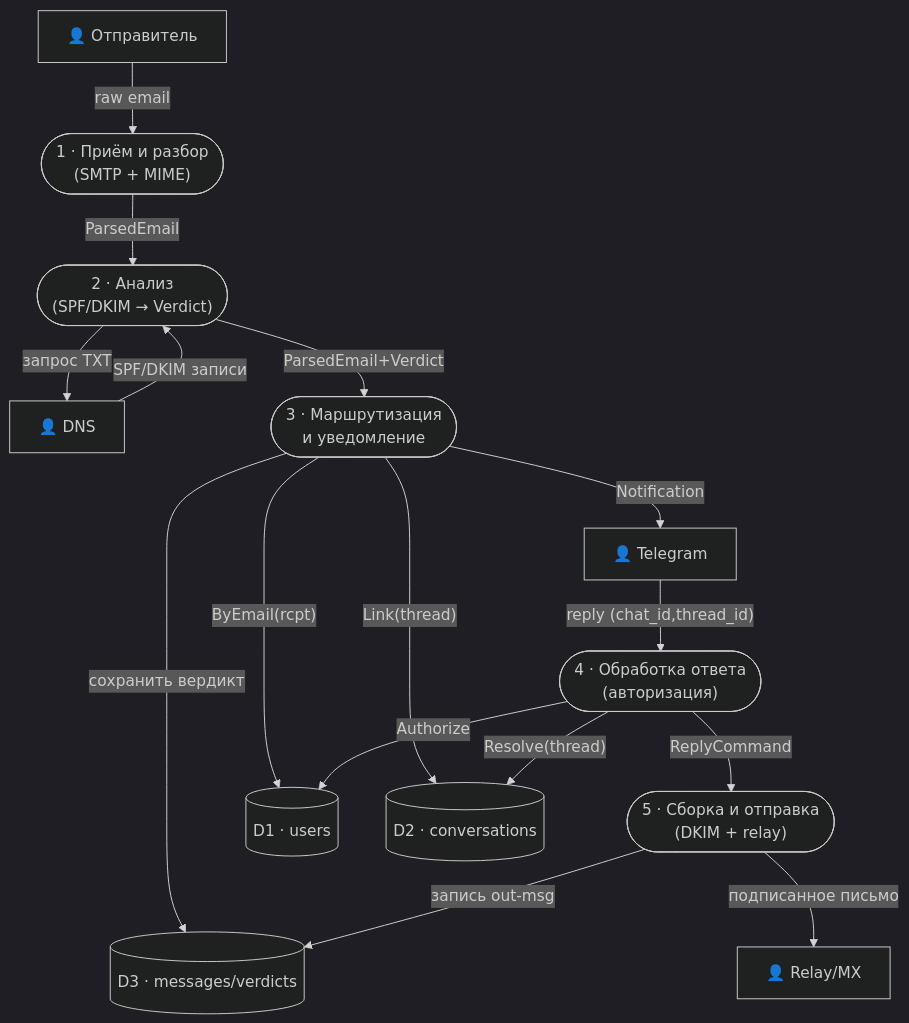
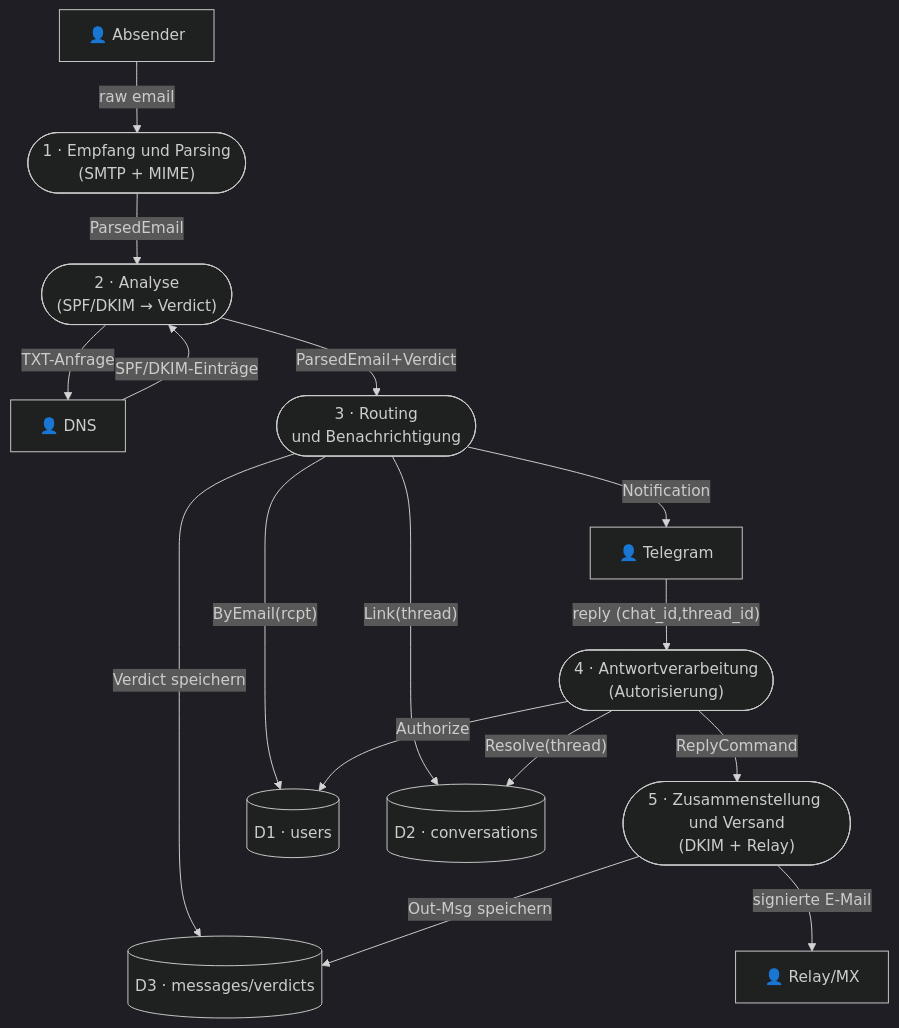
One commit to Alex84K/smpt_pet_proj changed the fifth of 8 diagrams in docs/DESIGN_MVP.md. Above: the diagram before and after it, drawn with Mermaid (dark theme). The commit also changed other lines of this file and 4 other files, not shown here.

````diff
--- a/docs/DESIGN_MVP.md
+++ b/docs/DESIGN_MVP.md
@@ -233,34 +237,34 @@
 ```mermaid
 flowchart TB
-    sender["👤 Отправитель"]
+    sender["👤 Absender"]
     tg["👤 Telegram"]
     dns["👤 DNS"]
     relay["👤 Relay/MX"]
 
-    P1(["1 · Приём и разбор<br/>(SMTP + MIME)"])
-    P2(["2 · Анализ<br/>(SPF/DKIM → Verdict)"])
-    P3(["3 · Маршрутизация<br/>и уведомление"])
-    P4(["4 · Обработка ответа<br/>(авторизация)"])
-    P5(["5 · Сборка и отправка<br/>(DKIM + relay)"])
+    P1(["1 · Empfang und Parsing<br/>(SMTP + MIME)"])
+    P2(["2 · Analyse<br/>(SPF/DKIM → Verdict)"])
+    P3(["3 · Routing<br/>und Benachrichtigung"])
+    P4(["4 · Antwortverarbeitung<br/>(Autorisierung)"])
+    P5(["5 · Zusammenstellung und Versand<br/>(DKIM + Relay)"])
 
     D1[("D1 · users")]
     D2[("D2 · conversations")]
     D3[("D3 · messages/verdicts")]
 
     sender -- "raw email" --> P1
     P1 -- "ParsedEmail" --> P2
-    P2 -- "запрос TXT" --> dns
-    dns -- "SPF/DKIM записи" --> P2
+    P2 -- "TXT-Anfrage" --> dns
+    dns -- "SPF/DKIM-Einträge" --> P2
     P2 -- "ParsedEmail+Verdict" --> P3
     P3 -- "ByEmail(rcpt)" --> D1
     P3 -- "Link(thread)" --> D2
-    P3 -- "сохранить вердикт" --> D3
+    P3 -- "Verdict speichern" --> D3
     P3 -- "Notification" --> tg
 
     tg -- "reply (chat_id,thread_id)" --> P4
     P4 -- "Authorize" --> D1
     P4 -- "Resolve(thread)" --> D2
     P4 -- "ReplyCommand" --> P5
-    P5 -- "запись out-msg" --> D3
-    P5 -- "подписанное письмо" --> relay
+    P5 -- "Out-Msg speichern" --> D3
+    P5 -- "signierte E-Mail" --> relay
 ```
````
